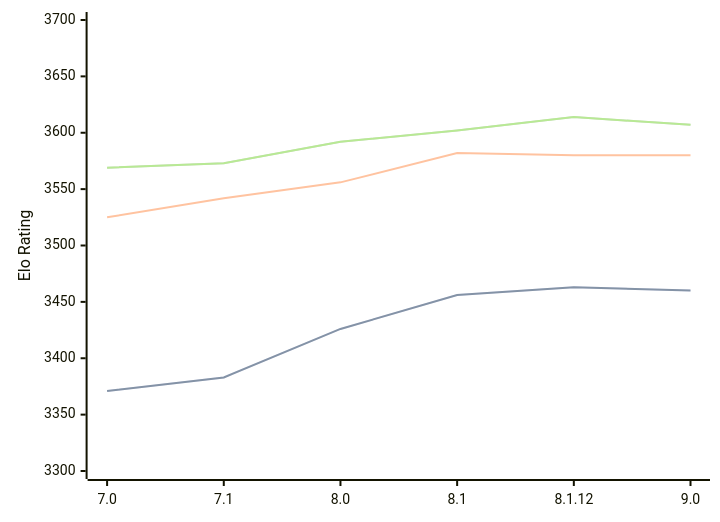
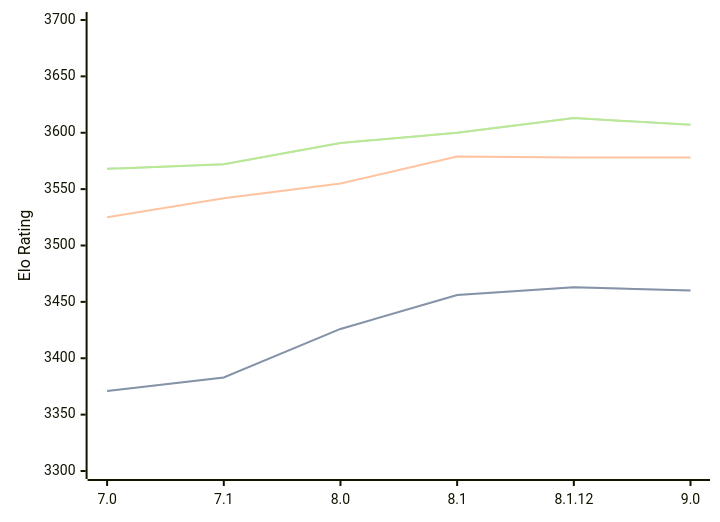
The diagram in engines/Alexandria.md (computer-chess-index/cci), drawn with Mermaid before and after one commit. The commit also changed other lines of this file, not shown here.

Commit message:
Update CCI Ratings (ELO VLTC) - 2026-03-11

````diff
--- a/engines/Alexandria.md
+++ b/engines/Alexandria.md
@@ -53,11 +53,11 @@
 ```mermaid
 %%{init: {"theme":"base","themeVariables":{"seriesColors:['#a3a3a3','#222221','#faa371']}}}%%
 xychart-beta
   x-axis ["7.0", "7.1", "8.0", "8.1", "8.1.12", "9.0"]
   y-axis "Elo Rating" 3300 --> 3700
   line "STC (8.0+0.08s)" [3371, 3383, 3426, 3456, 3463, 3460]
   line "STC (8.0+0.08s)" [3371, 3383, 3426, 3456, 3463, 3460]
-  line "LTC (60.0+0.60s)" [3525, 3542, 3556, 3582, 3580, 3580]
-  line "VLTC (2m24s+1.12s)" [3569, 3573, 3592, 3602, 3614, 3607]
-  line "VLTC (2m24s+1.12s)" [3569, 3573, 3592, 3602, 3614, 3607]
+  line "LTC (60.0+0.60s)" [3525, 3542, 3555, 3579, 3578, 3578]
+  line "VLTC (2m24s+1.12s)" [3568, 3572, 3591, 3600, 3613, 3607]
+  line "VLTC (2m24s+1.12s)" [3568, 3572, 3591, 3600, 3613, 3607]
 ```
````
